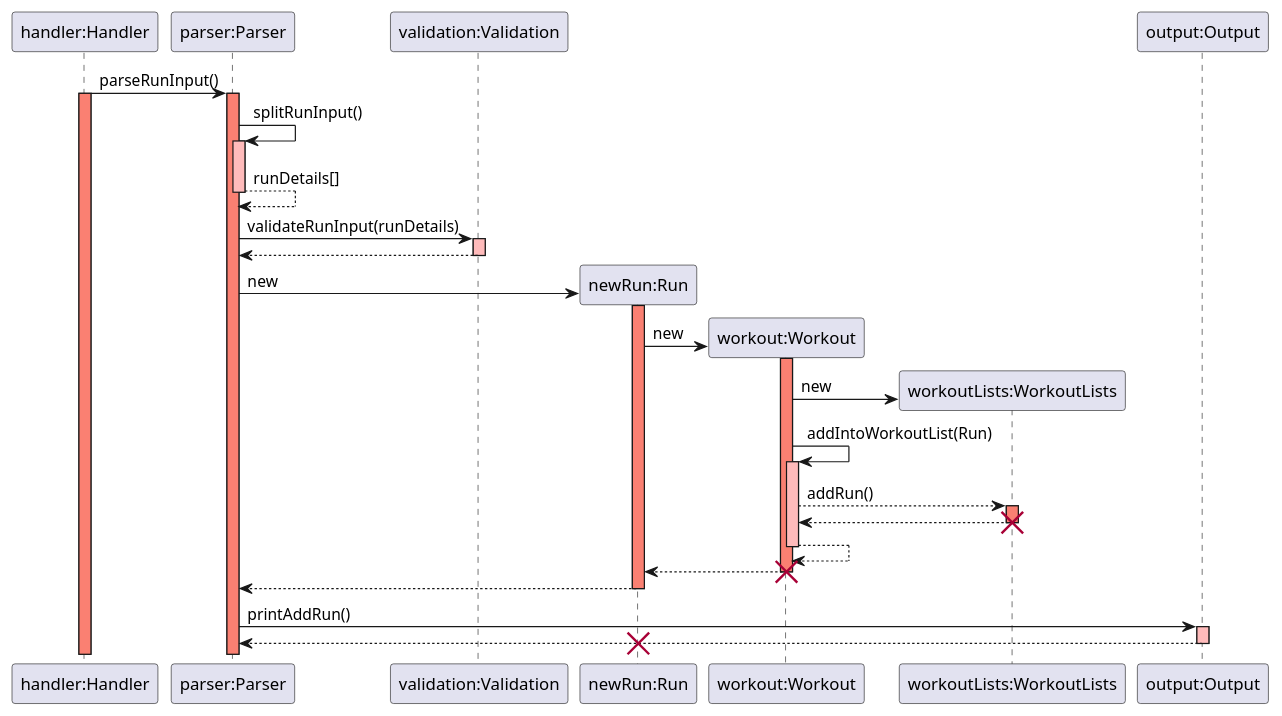
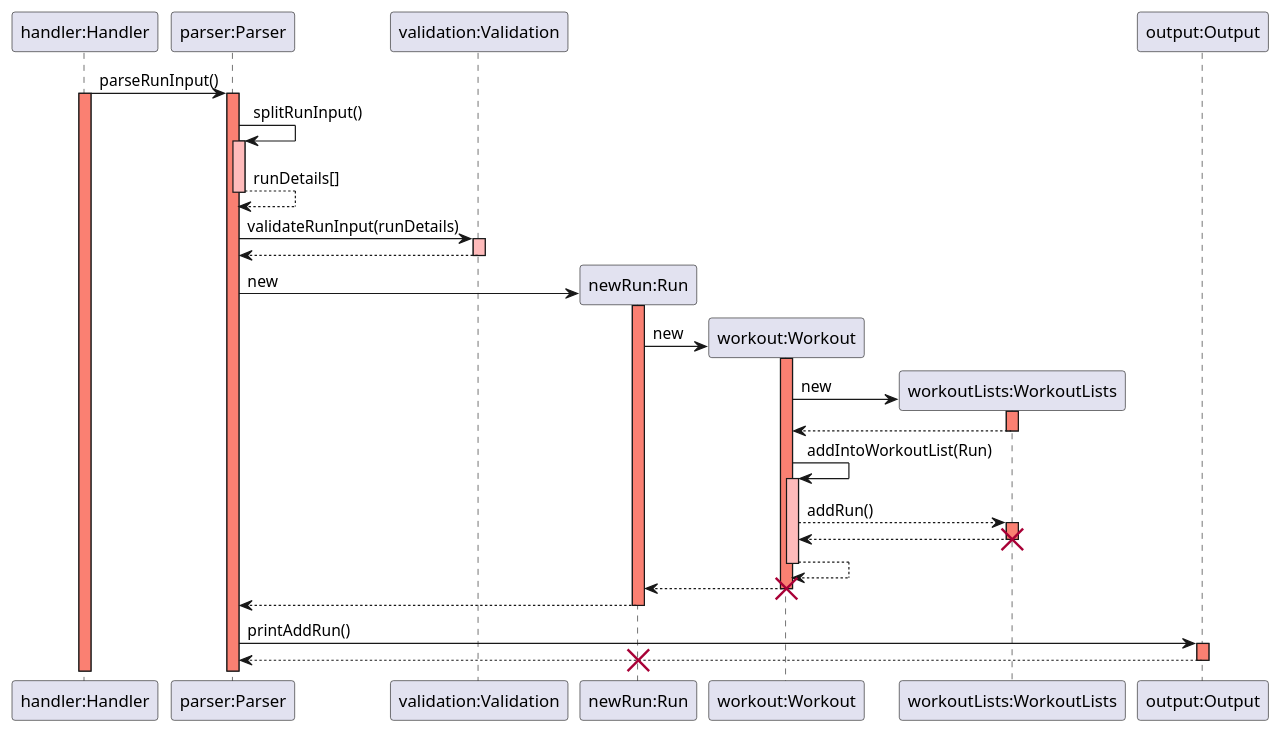
The diagram in docs/puml/sequence_diagrams/run_sequence_diagram.puml (rouvinerh/tp), drawn with PlantUML before and after one commit. The commit also changed 2 other files, not shown here.

Commit message:
update run seq diagram

```diff
--- a/docs/puml/sequence_diagrams/run_sequence_diagram.puml
+++ b/docs/puml/sequence_diagrams/run_sequence_diagram.puml
@@ -1,51 +1,54 @@
 @startuml
 skinparam sequenceReferenceBackgroundColor lightblue
 
 participant "handler:Handler" as Handler
 
 participant "parser:Parser" as Parser
 participant "validation:Validation" as Validation
 participant "newRun:Run" as Run
 participant "workout:Workout" as Workout
 participant "workoutLists:WorkoutLists" as WorkoutLists
 participant "output:Output" as Output
 
 Handler -> Parser: parseRunInput()
 activate Handler #salmon
 activate Parser #salmon
 
 Parser -> Parser: splitRunInput()
 activate Parser #FFBBBB
 Parser --> Parser: runDetails[]
 deactivate Parser #FFBBBB
 
 Parser -> Validation: validateRunInput(runDetails)
 activate Validation #FFBBBB
 Validation --> Parser: 
 deactivate Validation
 
 Parser -> Run **: new
 activate Run #salmon
 Run -> Workout **: new
 activate Workout #salmon
 
 Workout -> WorkoutLists **: new
+activate WorkoutLists #salmon
+WorkoutLists --> Workout: 
+deactivate WorkoutLists #salmon
 Workout -> Workout: addIntoWorkoutList(Run)
 activate Workout #FFBBBB
 Workout --> WorkoutLists: addRun()
 activate WorkoutLists #salmon
 WorkoutLists --> Workout: 
 destroy WorkoutLists
 Workout --> Workout:
 deactivate Workout #FFBBBB
 Workout --> Run:
 destroy Workout
 
 Run --> Parser:
 deactivate Run #FFBBBB
 Parser -> Output: printAddRun()
-activate Output #FFBBBB
+activate Output #salmon
 Output --> Parser:
-deactivate Output #FFBBBB
+deactivate Output #salmon
 destroy Run
 @enduml
```
